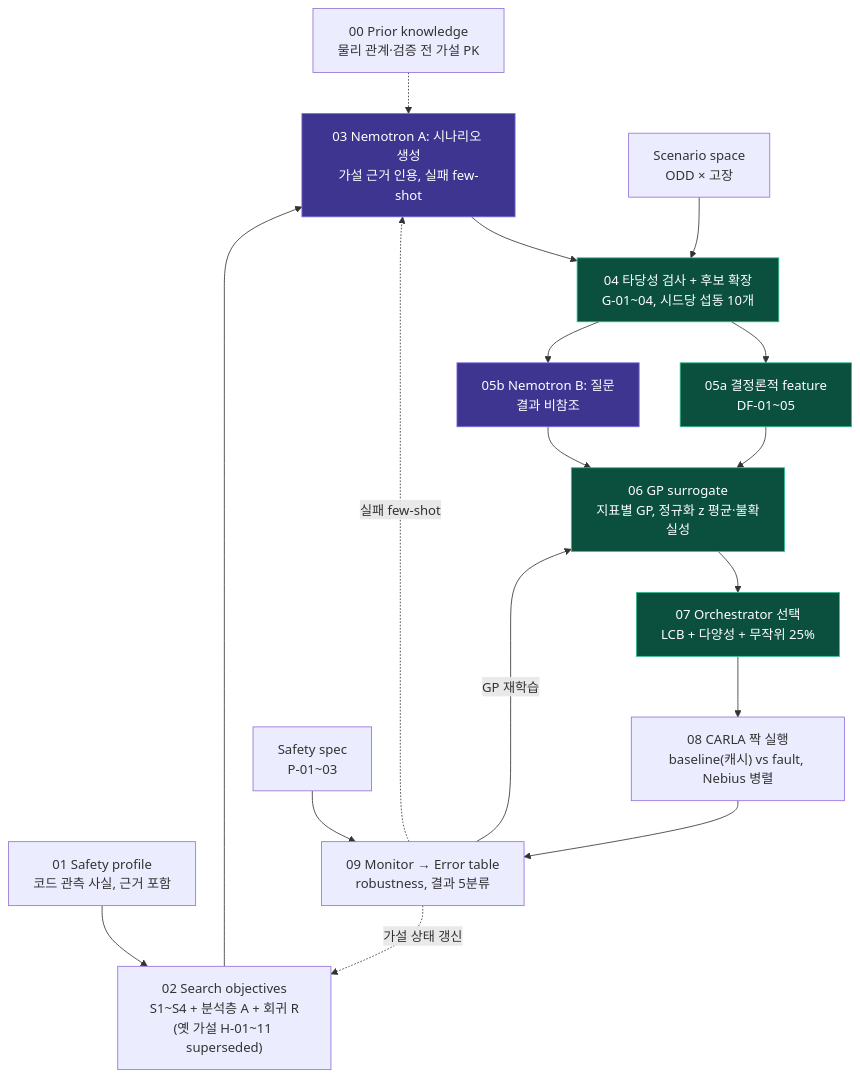
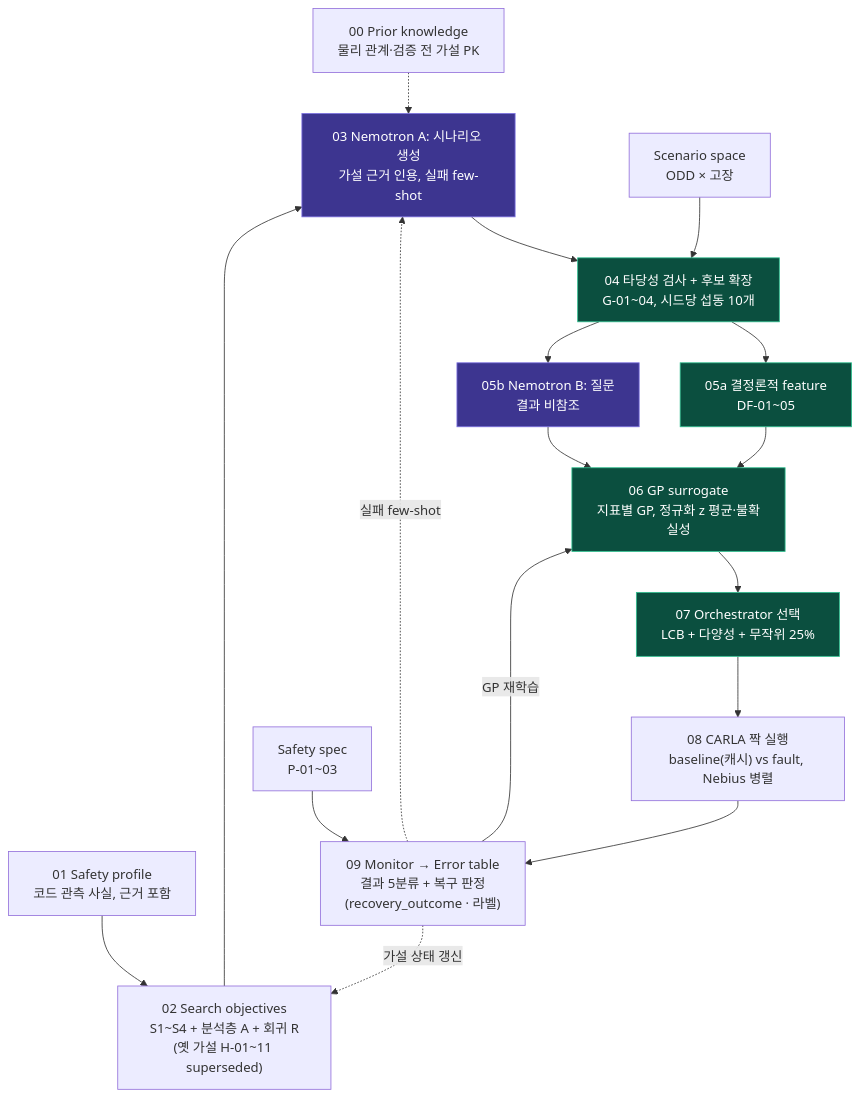
Before and after one commit to yoonju04/SIL_HACKATHON: the diagram in pipeline/README.md, drawn with Mermaid. The commit also changed other lines of this file and 14 other files, not shown here.

Commit message:
Recovery judgment v2: exclusive recovery_outcome, lat_acc/jerk labels, final_safe_recovery, split GP targets (provisional thresholds)

````diff
--- a/pipeline/README.md
+++ b/pipeline/README.md
@@ -5,25 +5,25 @@
 ```mermaid
 flowchart TD
     PK["00 Prior knowledge<br/>물리 관계·검증 전 가설 PK"] -.-> NA
     SP["01 Safety profile<br/>코드 관측 사실, 근거 포함"] --> HY
     HY["02 Search objectives<br/>S1~S4 + 분석층 A + 회귀 R<br/>(옛 가설 H-01~11 superseded)"] --> NA
     NA["03 Nemotron A: 시나리오 생성<br/>가설 근거 인용, 실패 few-shot"] --> FE
     SS["Scenario space<br/>ODD × 고장"] --> FE
     FE["04 타당성 검사 + 후보 확장<br/>G-01~04, 시드당 섭동 10개"] --> DF & NB
     DF["05a 결정론적 feature<br/>DF-01~05"] --> GP
     NB["05b Nemotron B: 질문<br/>결과 비참조"] --> GP
     GP["06 GP surrogate<br/>지표별 GP, 정규화 z 평균·불확실성"] --> OR
     OR["07 Orchestrator 선택<br/>LCB + 다양성 + 무작위 25%"] --> CR
     CR["08 CARLA 짝 실행<br/>baseline(캐시) vs fault, Nebius 병렬"] --> MO
     SPEC["Safety spec<br/>P-01~03"] --> MO
-    MO["09 Monitor → Error table<br/>robustness, 결과 5분류"]
+    MO["09 Monitor → Error table<br/>결과 5분류 + 복구 판정<br/>(recovery_outcome · 라벨)"]
 
     MO -- "GP 재학습" --> GP
     MO -. "실패 few-shot" .-> NA
     MO -. "가설 상태 갱신" .-> HY
 
     classDef nemotron fill:#3d3590,stroke:#7b70e0,color:#fff
     classDef det fill:#0b4f3f,stroke:#2fbf8f,color:#fff
     class NA,NB nemotron
     class FE,DF,GP,OR det
 ```
````
